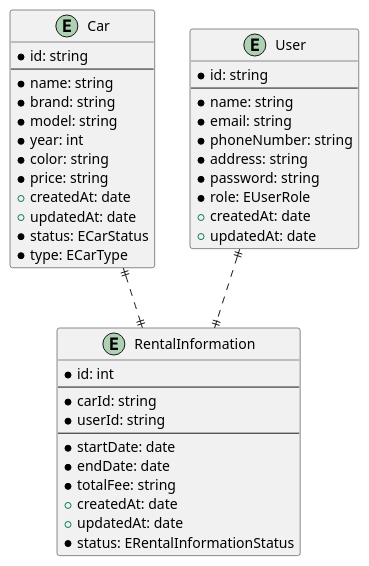
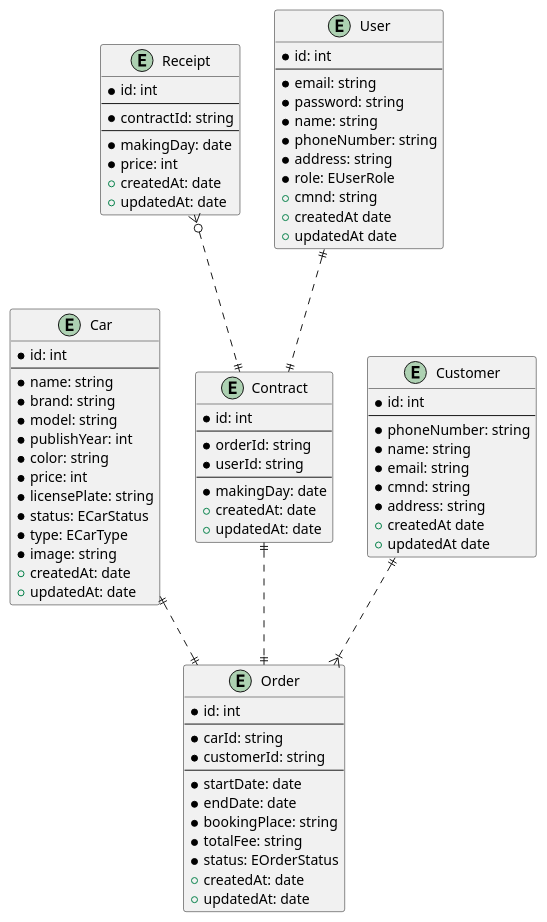
One commit to ngthtuyen9823/CarRentalManager changed the diagram in docs/entityRelationship/carRentalManager.plantuml. Above: the diagram before and after it, drawn with PlantUML. The commit also changed 1 other file, not shown here.

```diff
--- a/docs/entityRelationship/carRentalManager.plantuml
+++ b/docs/entityRelationship/carRentalManager.plantuml
@@ -1,65 +1,108 @@
 @startuml Car Rental Manager Entity Relationship Diagram
 
 entity "Car" as car {
-  *id: string
+  *id: int
   --
   *name: string
   *brand: string
   *model: string
-  *year: int
+  *publishYear: int
   *color: string
-  *price: string
-  +createdAt: date
-  +updatedAt: date
+  *price: int
+  *licensePlate: string
   *status: ECarStatus
   ' enum ECarStatus {
     '   ONRENT = 'on-rent',
     '   AVAILABLE = 'available'
   '}
   *type: ECarType
   ' enum ECarType {
-    ' BICYCLE = 'bicycle',
+    ' BIKE = 'bike',
     ' MOTORBIKE = 'motorbike',
     ' CAR = 'car',
   '}
+  *image: string
+  +createdAt: date
+  +updatedAt: date
 }
 
-entity "RentalInformation" as rental {
+entity "Order" as order {
   *id: int
   --
   *carId: string
-  *userId: string
+  *customerId: string
   --
   *startDate: date
   *endDate: date
+  *bookingPlace: string
   *totalFee: string
+  *status: EOrderStatus
+  ' enum EOrderStatus {
+    ' COMPLETED = 'completed',
+    ' PENDING = 'pending',
+    ' CANCELLED = 'cancelled',
+  '}
   +createdAt: date
   +updatedAt: date
-  *status: ERentalInformationStatus
-  'enum ERentalInformationStatus {
-    ' COMPLETED = 'COMPLETED',
-    ' PENDING = 'PENDING',
-    '}
+}
+
+entity "Contract" as contract {
+  *id: int
+  --
+  *orderId: string
+  *userId: string
+  --
+  *makingDay: date
+  +createdAt: date
+  +updatedAt: date
+}
+
+entity "Receipt" as receipt {
+  *id: int
+  --
+  *contractId: string
+  --
+  *makingDay: date
+  *price: int
+  +createdAt: date
+  +updatedAt: date
+}
+
+entity "Customer" as customer {
+  *id: int
+	--
+  *phoneNumber: string
+	*name: string
+	*email: string
+	*cmnd: string
+	*address: string
+	+createdAt date
+	+updatedAt date
 }
 
 entity "User" as user {
-  *id: string
-  --
-  *name: string
-  *email: string
+  *id: int
+	--
+	*email: string
+  *password: string
+	*name: string
   *phoneNumber: string
-  *address: string
-  *password: string
+	*address: string
   *role: EUserRole
-  +createdAt: date
-  +updatedAt: date
-  ' enum EUserRole {
-    ' USER = 'USER',
-    ' ADMIN = 'ADMIN'
-  '}
+  'enum EUserRole {
+    ' ADMIN = 'admin',
+    ' MANAGER = 'manager',
+    ' STAFF = 'staff',
+  '
+	+cmnd: string
+	+createdAt date
+	+updatedAt date
 }
 
-car ||..|| rental
-user ||..|| rental
+car ||..|| order
+contract ||..|| order
+user ||..|| contract
+receipt }o..|| contract
+customer ||..|{ order
 
 @enduml
```
